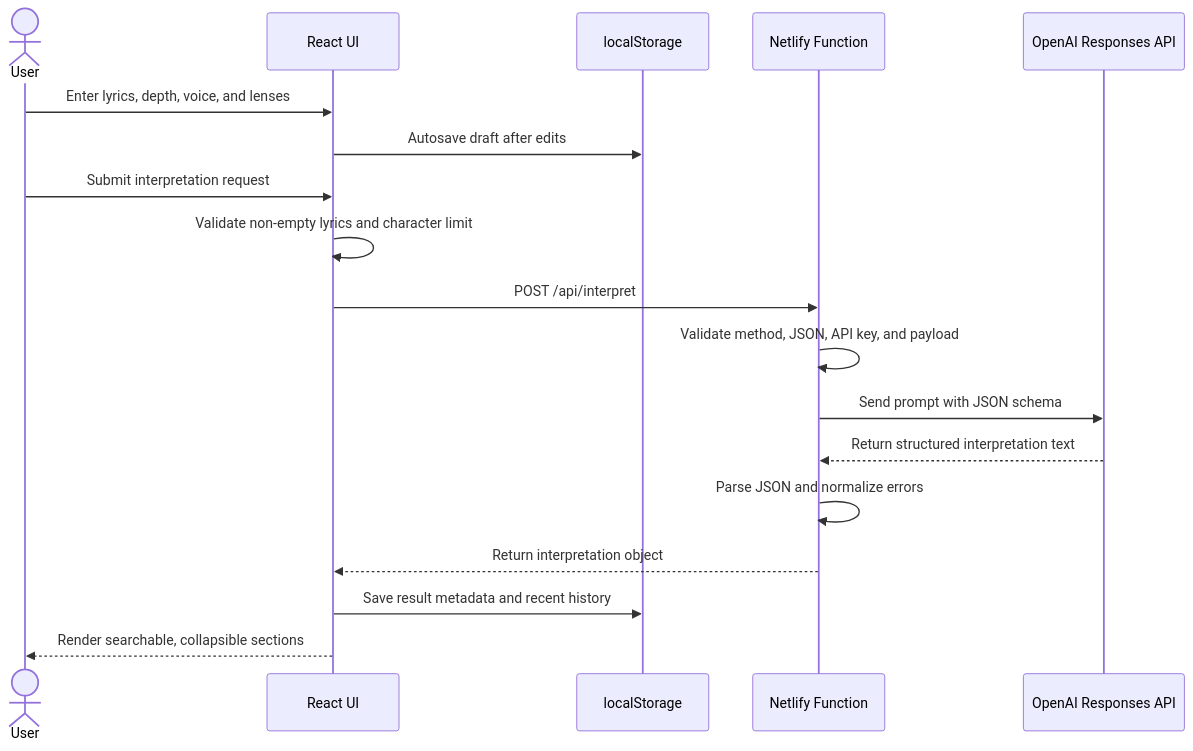
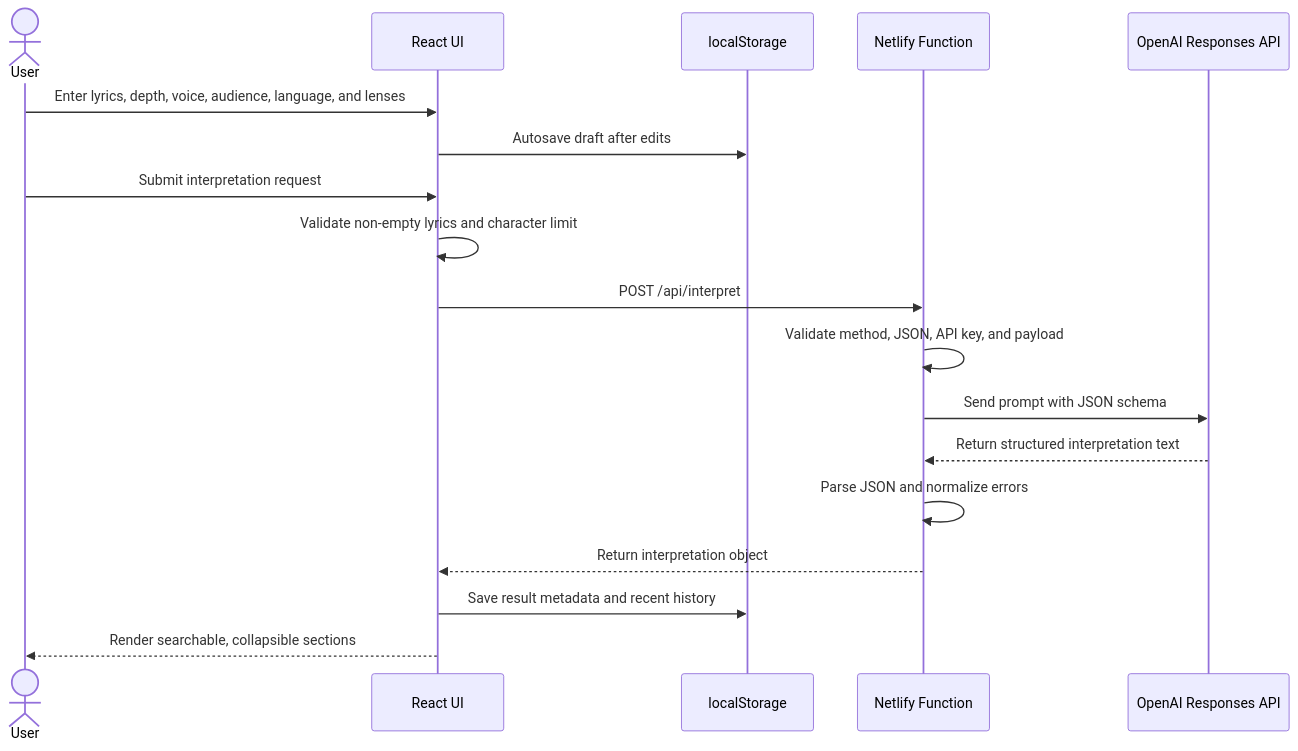
One commit to AsadullahBajwa/LyricLens changed the second of 3 diagrams in PROJECT_DOCUMENTATION.md. Above: the diagram before and after it, drawn with Mermaid. The commit also changed other lines of this file and 4 other files, not shown here.

````diff
--- a/PROJECT_DOCUMENTATION.md
+++ b/PROJECT_DOCUMENTATION.md
@@ -66,21 +66,21 @@
 ```mermaid
 sequenceDiagram
   actor User
   participant UI as React UI
   participant Store as localStorage
   participant API as Netlify Function
   participant OpenAI as OpenAI Responses API
 
-  User->>UI: Enter lyrics, depth, voice, and lenses
+  User->>UI: Enter lyrics, depth, voice, audience, language, and lenses
   UI->>Store: Autosave draft after edits
   User->>UI: Submit interpretation request
   UI->>UI: Validate non-empty lyrics and character limit
   UI->>API: POST /api/interpret
   API->>API: Validate method, JSON, API key, and payload
   API->>OpenAI: Send prompt with JSON schema
   OpenAI-->>API: Return structured interpretation text
   API->>API: Parse JSON and normalize errors
   API-->>UI: Return interpretation object
   UI->>Store: Save result metadata and recent history
   UI-->>User: Render searchable, collapsible sections
 ```
````
